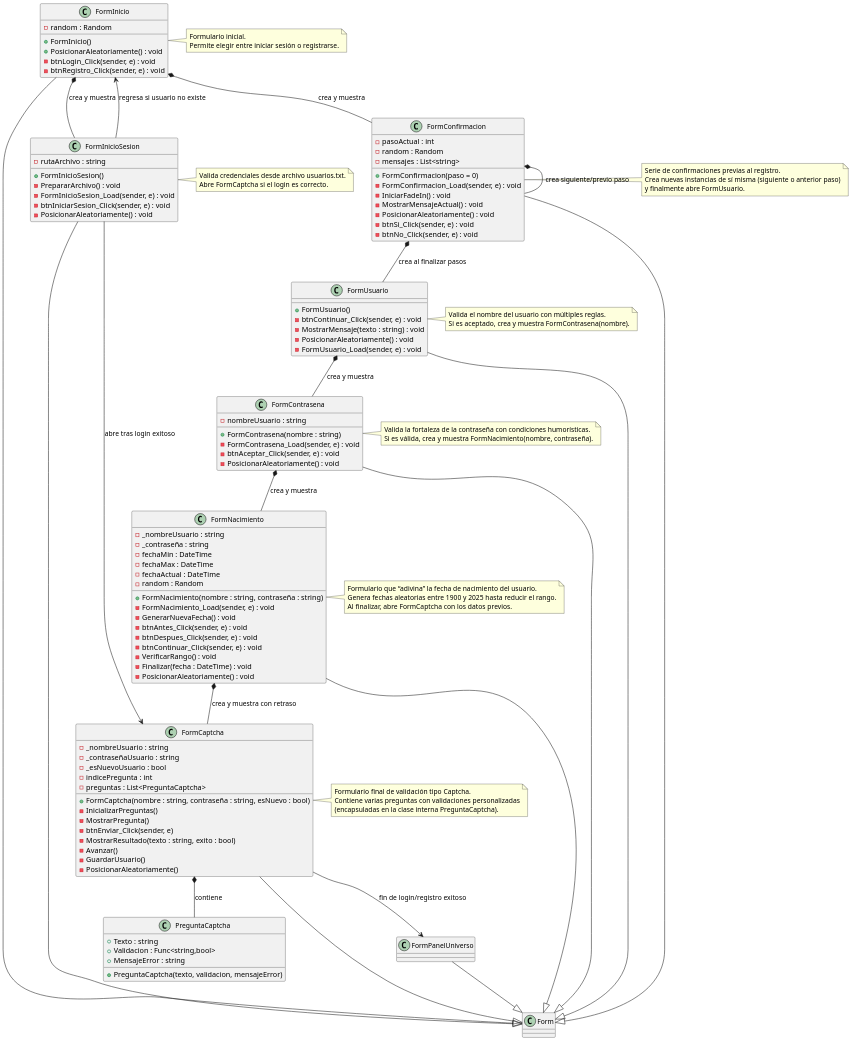
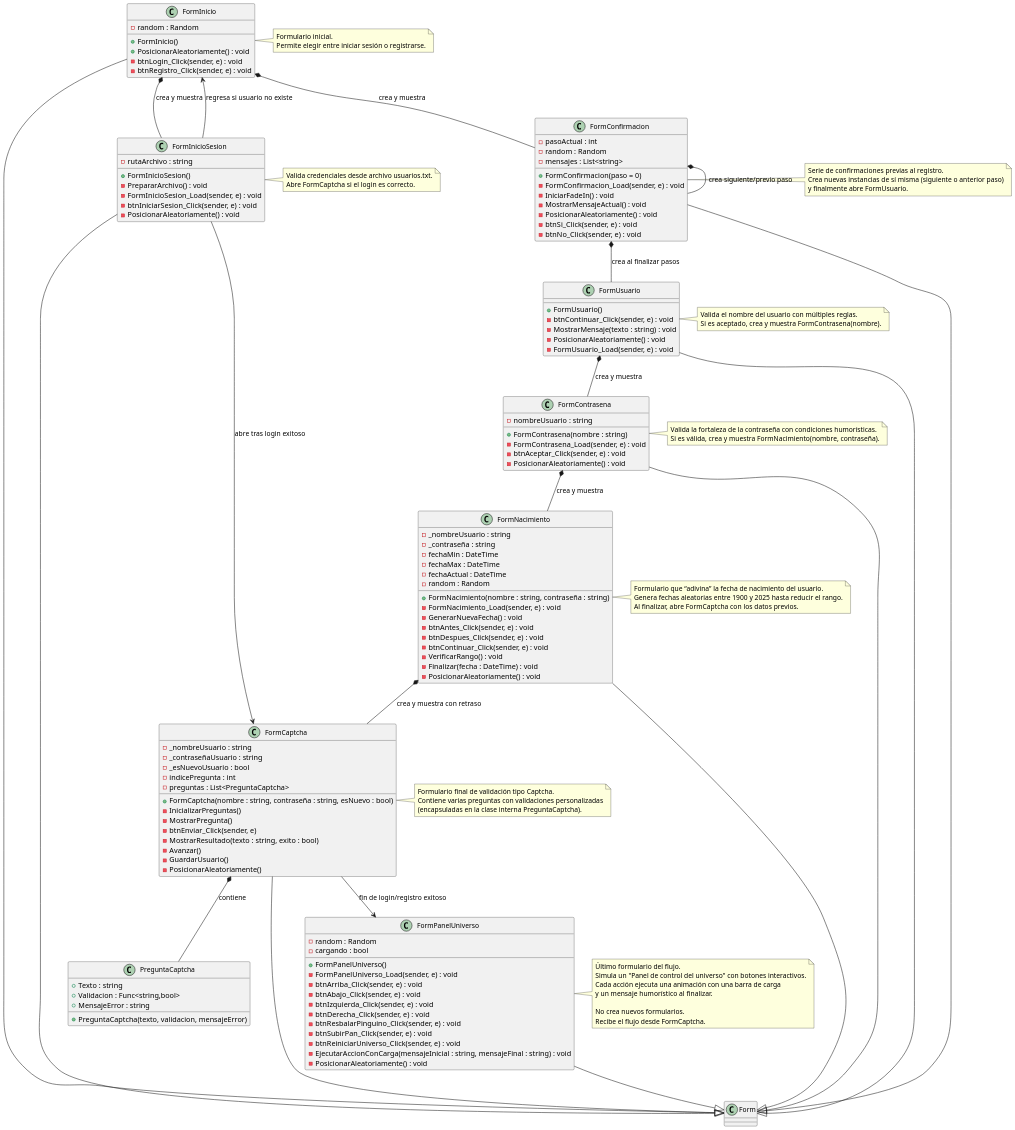
The diagram in Recursos/UML/ClasesProyecto.plantuml (anamhenao/Proyecto-final_PDP), drawn with PlantUML before and after one commit. The commit also changed 1 other file, not shown here.

Commit message:
Add FormPanelUniverso class to UML diagram
Introduces the FormPanelUniverso class to the UML diagram with its attributes, methods, and a descriptive note explaining its role as the final interactive form in the flow. Also expands Visualizar.md with detailed instructions for visualizing UML diagrams using VS Code, PlantUML, and web tools.

```diff
--- a/Recursos/UML/ClasesProyecto.plantuml
+++ b/Recursos/UML/ClasesProyecto.plantuml
@@ -107,7 +107,24 @@
 
 FormCaptcha *-- PreguntaCaptcha : "contiene"
 
-class FormPanelUniverso
+' === CLASE FormPanelUniverso ===
+class FormPanelUniverso {
+  - random : Random
+  - cargando : bool
+
+  + FormPanelUniverso()
+  - FormPanelUniverso_Load(sender, e) : void
+  - btnArriba_Click(sender, e) : void
+  - btnAbajo_Click(sender, e) : void
+  - btnIzquierda_Click(sender, e) : void
+  - btnDerecha_Click(sender, e) : void
+  - btnResbalarPinguino_Click(sender, e) : void
+  - btnSubirPan_Click(sender, e) : void
+  - btnReiniciarUniverso_Click(sender, e) : void
+  - EjecutarAccionConCarga(mensajeInicial : string, mensajeFinal : string) : void
+  - PosicionarAleatoriamente() : void
+}
+
 
 
 ' === HERENCIA ===
@@ -178,4 +195,14 @@
 (encapsuladas en la clase interna PreguntaCaptcha).
 end note
 
+note right of FormPanelUniverso
+Último formulario del flujo.
+Simula un "Panel de control del universo" con botones interactivos.
+Cada acción ejecuta una animación con una barra de carga
+y un mensaje humorístico al finalizar.
+
+No crea nuevos formularios.
+Recibe el flujo desde FormCaptcha.
+end note
+
 @enduml
```
